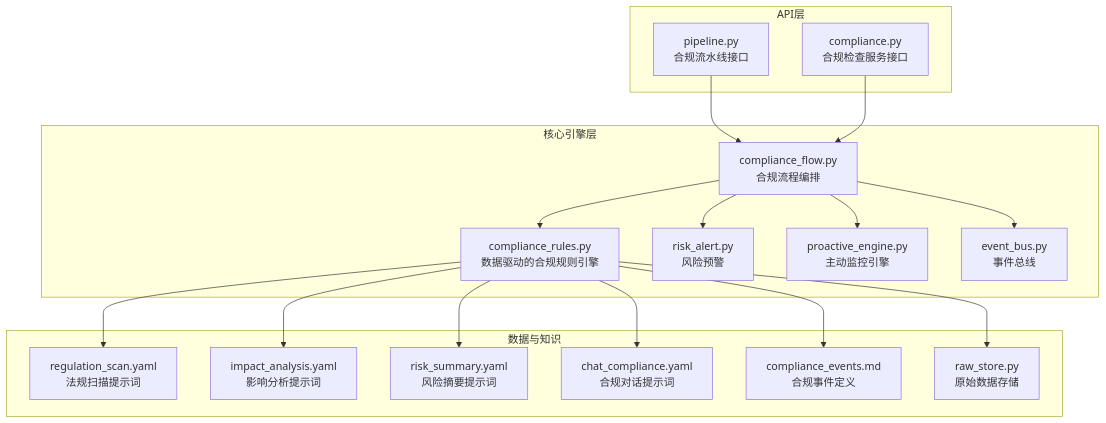
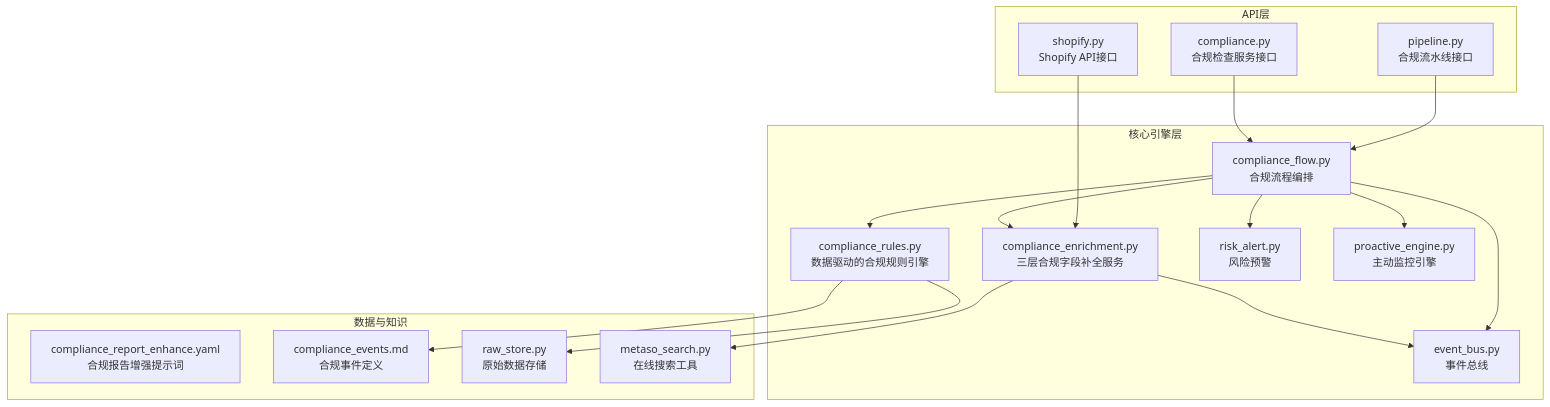
Before and after one commit to angledick/-: the first of 10 diagrams in .qoder/repowiki/zh/content/核心业务模块/合规检查系统/合规检查系统.md, drawn with Mermaid. The commit also changed other lines of this file and 313 other files, not shown here.

First line of the commit message:
feat: frontend migration + backend API fixes + risk intel feishu alert integration

````diff
--- a/.qoder/repowiki/zh/content/核心业务模块/合规检查系统/合规检查系统.md
+++ b/.qoder/repowiki/zh/content/核心业务模块/合规检查系统/合规检查系统.md
@@ -44,34 +55,34 @@
 ```mermaid
 graph TB
 subgraph "API层"
 A1["pipeline.py<br/>合规流水线接口"]
 A2["compliance.py<br/>合规检查服务接口"]
+A3["shopify.py<br/>Shopify API接口"]
 end
 subgraph "核心引擎层"
 C1["compliance_flow.py<br/>合规流程编排"]
 C2["compliance_rules.py<br/>数据驱动的合规规则引擎"]
-C3["risk_alert.py<br/>风险预警"]
-C4["proactive_engine.py<br/>主动监控引擎"]
-C5["event_bus.py<br/>事件总线"]
+C3["compliance_enrichment.py<br/>三层合规字段补全服务"]
+C4["risk_alert.py<br/>风险预警"]
+C5["proactive_engine.py<br/>主动监控引擎"]
+C6["event_bus.py<br/>事件总线"]
 end
 subgraph "数据与知识"
-D1["regulation_scan.yaml<br/>法规扫描提示词"]
-D2["impact_analysis.yaml<br/>影响分析提示词"]
-D3["risk_summary.yaml<br/>风险摘要提示词"]
-D4["chat_compliance.yaml<br/>合规对话提示词"]
-D5["compliance_events.md<br/>合规事件定义"]
-D6["raw_store.py<br/>原始数据存储"]
+D1["compliance_report_enhance.yaml<br/>合规报告增强提示词"]
+D2["compliance_events.md<br/>合规事件定义"]
+D3["raw_store.py<br/>原始数据存储"]
+D4["metaso_search.py<br/>在线搜索工具"]
 end
 A1 --> C1
 A2 --> C1
+A3 --> C3
 C1 --> C2
 C1 --> C3
 C1 --> C4
 C1 --> C5
-C2 --> D6
-C2 --> D1
+C1 --> C6
 C2 --> D2
 C2 --> D3
-C2 --> D4
-C2 --> D5
+C3 --> D4
+C3 --> C6
 ```
````
